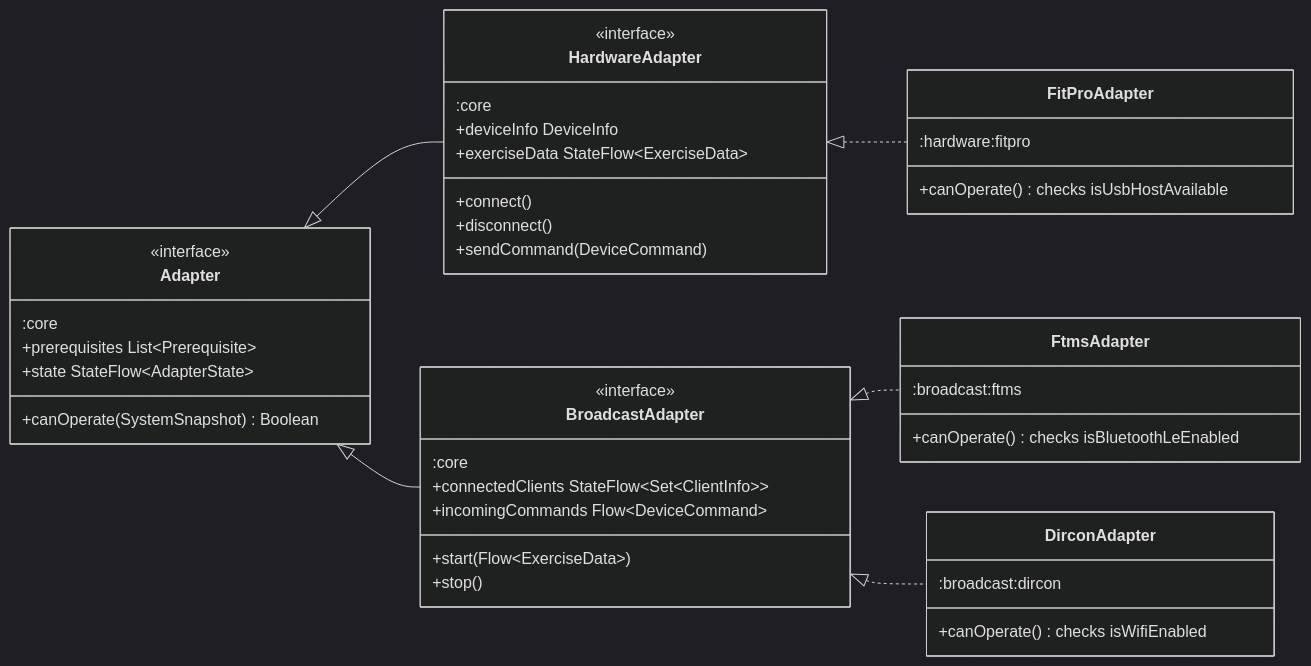
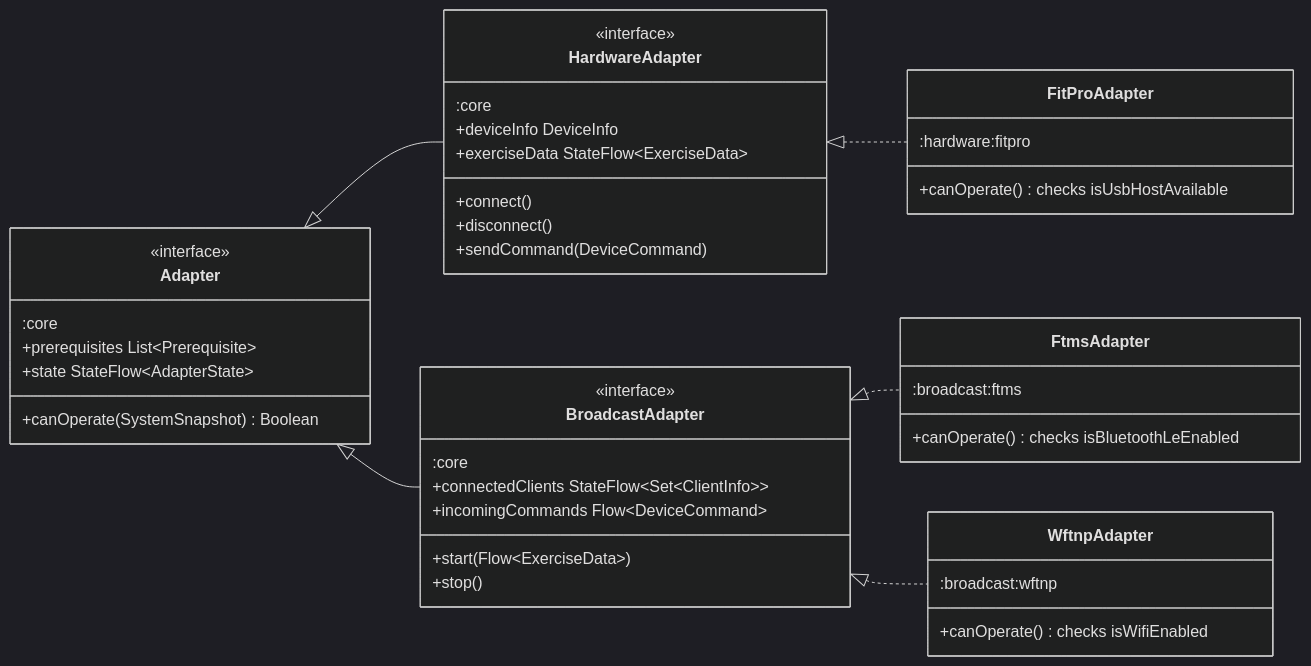
Before and after one commit to ball2jh/Hyperborea: the first of 11 diagrams in docs/architecture.md, drawn with Mermaid (dark theme). The commit also changed other lines of this file and 191 other files, not shown here.

````diff
--- a/docs/architecture.md
+++ b/docs/architecture.md
@@ -7,52 +7,52 @@
 ```mermaid
 classDiagram
     direction LR
 
     class Adapter {
         <<interface>>
         :core
         +prerequisites List~Prerequisite~
         +state StateFlow~AdapterState~
         +canOperate(SystemSnapshot) Boolean
     }
 
     class HardwareAdapter {
         <<interface>>
         :core
         +deviceInfo DeviceInfo
         +exerciseData StateFlow~ExerciseData~
         +connect()
         +disconnect()
         +sendCommand(DeviceCommand)
     }
 
     class BroadcastAdapter {
         <<interface>>
         :core
         +connectedClients StateFlow~Set~ClientInfo~~
         +incomingCommands Flow~DeviceCommand~
         +start(Flow~ExerciseData~)
         +stop()
     }
 
     class FitProAdapter {
         :hardware:fitpro
         +canOperate() checks isUsbHostAvailable
     }
 
     class FtmsAdapter {
         :broadcast:ftms
         +canOperate() checks isBluetoothLeEnabled
     }
 
-    class DirconAdapter {
-        :broadcast:dircon
+    class WftnpAdapter {
+        :broadcast:wftnp
         +canOperate() checks isWifiEnabled
     }
 
     Adapter <|-- HardwareAdapter
     Adapter <|-- BroadcastAdapter
     HardwareAdapter <|.. FitProAdapter
     BroadcastAdapter <|.. FtmsAdapter
-    BroadcastAdapter <|.. DirconAdapter
+    BroadcastAdapter <|.. WftnpAdapter
 ```
````
